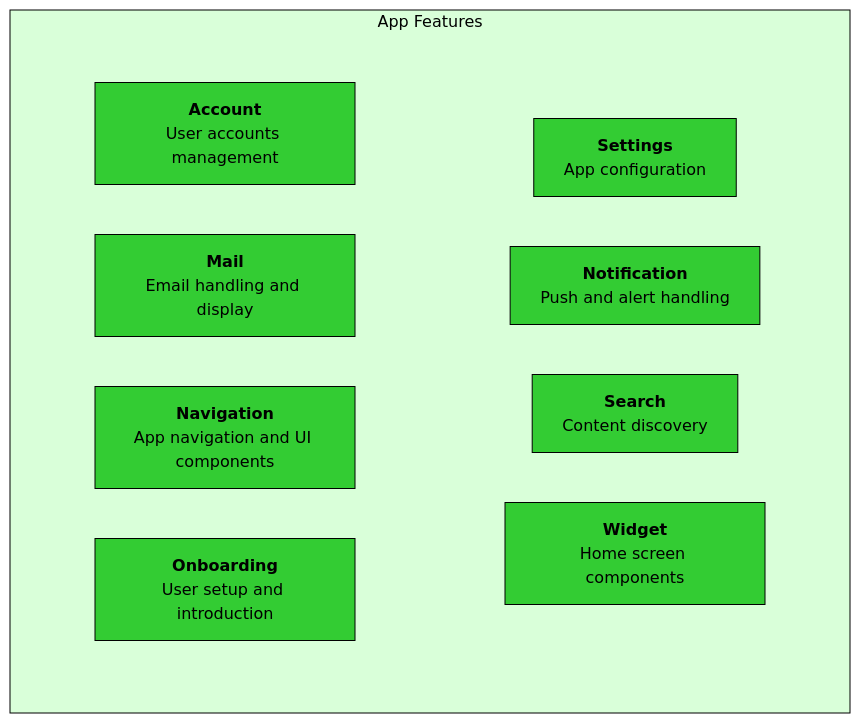
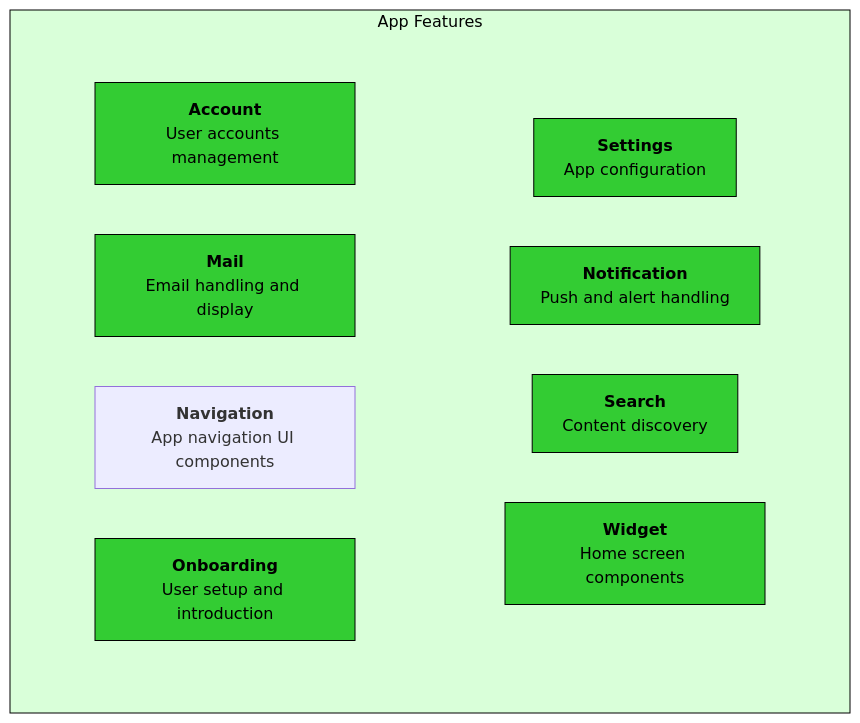
One commit to thunderbird/thunderbird-android changed the first of 2 diagrams in docs/architecture/feature-modules.md. Above: the diagram before and after it, drawn with Mermaid. The commit also changed other lines of this file and 2 other files, not shown here.

First line of the commit message:
docs: update navigation documentation

````diff
--- a/docs/architecture/feature-modules.md
+++ b/docs/architecture/feature-modules.md
@@ -30,31 +30,31 @@
 ```mermaid
 graph TB
     subgraph FEATURE[App Features]
         direction TB
         
         
         subgraph ROW_2[" "]
             direction LR
             SETTINGS["`**Settings**<br>App configuration`"]
             NOTIFICATION["`**Notification**<br>Push and alert handling`"]
             SEARCH["`**Search**<br>Content discovery`"]
             WIDGET["`**Widget**<br>Home screen components`"]
         end
         
         subgraph ROW_1[" "]
             direction LR
             ACCOUNT["`**Account**<br>User accounts management`"]
             MAIL["`**Mail**<br>Email handling and display`"]
-            NAVIGATION["`**Navigation**<br>App navigation and UI components`"]
+            DRAWER["`**Navigation**<br>App navigation UI components`"]
             ONBOARDING["`**Onboarding**<br>User setup and introduction`"]
         end
     end
 
     classDef row fill: #d9ffd9, stroke: #d9ffd9, color: #d9ffd9
     classDef feature fill: #d9ffd9,stroke: #000000, color: #000000
     classDef feature_module fill: #33cc33, stroke: #000000, color:#000000
     
     class ROW_1,ROW_2 row
     class FEATURE feature
     class ACCOUNT,MAIL,NAVIGATION,ONBOARDING,SETTINGS,NOTIFICATION,SEARCH,WIDGET feature_module
 ```
````
